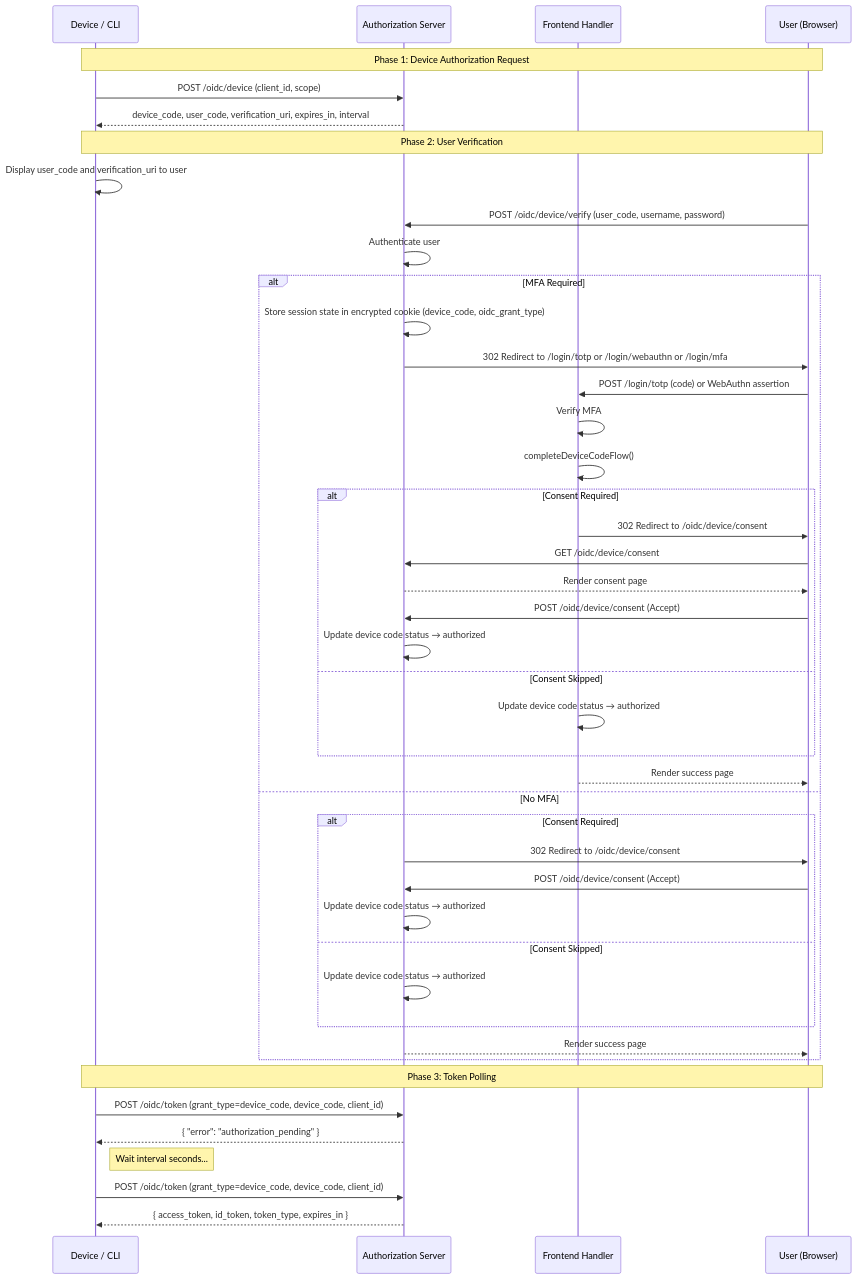
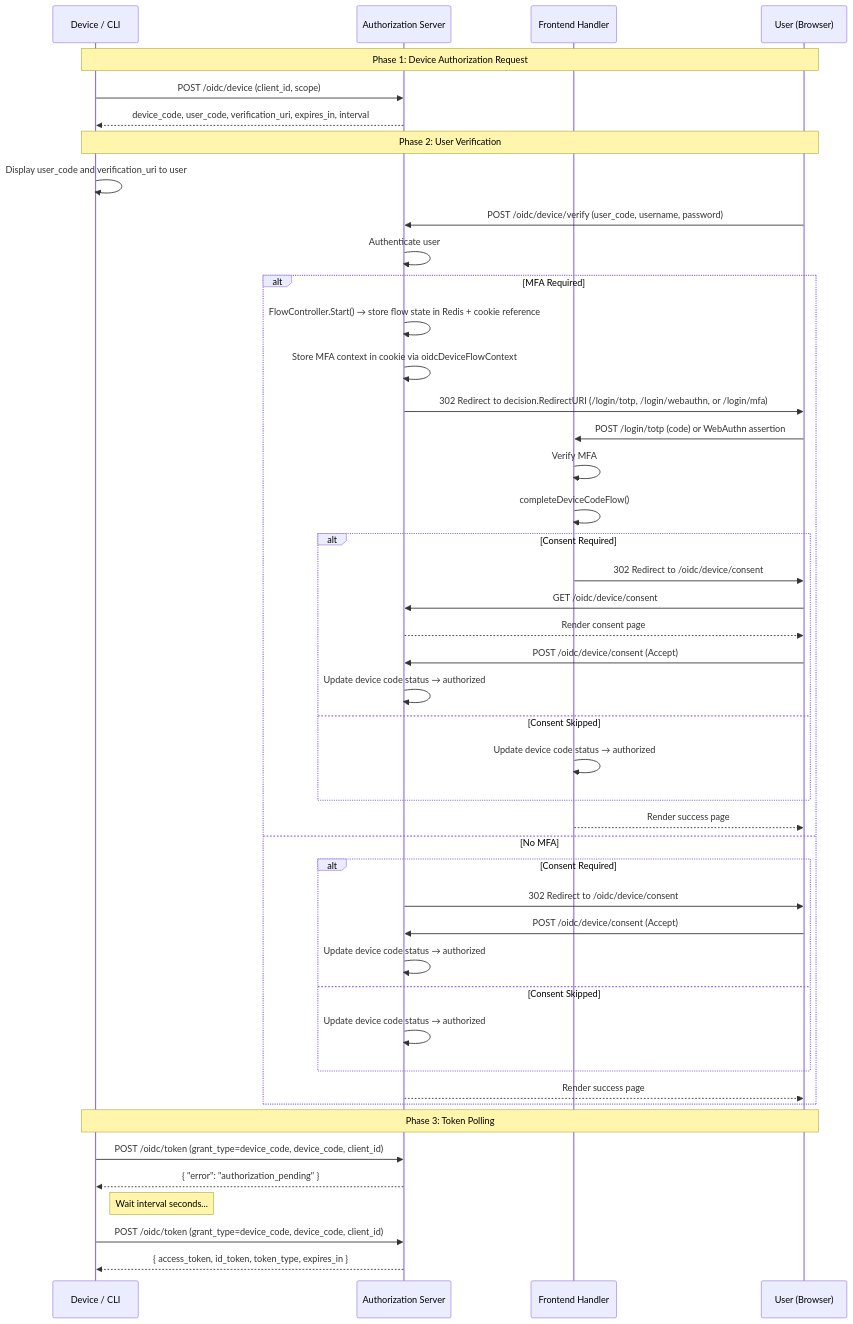
The ninth of 9 diagrams in server/docs/idp.md (croessner/nauthilus), drawn with Mermaid before and after one commit. The commit also changed other lines of this file and 43 other files, not shown here.

First line of the commit message:
Feat: Implement IdP flow controller with state transitions and cleanup

````diff
--- a/server/docs/idp.md
+++ b/server/docs/idp.md
@@ -1008,46 +1051,47 @@
 ```mermaid
 sequenceDiagram
     participant D as Device / CLI
     participant AS as Authorization Server
     participant F as Frontend Handler
     participant U as User (Browser)
     Note over D, U: Phase 1: Device Authorization Request
     D ->> AS: POST /oidc/device (client_id, scope)
     AS -->> D: device_code, user_code, verification_uri, expires_in, interval
     Note over D, U: Phase 2: User Verification
     D ->> D: Display user_code and verification_uri to user
     U ->> AS: POST /oidc/device/verify (user_code, username, password)
     AS ->> AS: Authenticate user
     alt MFA Required
-        AS ->> AS: Store session state in encrypted cookie (device_code, oidc_grant_type)
-        AS ->> U: 302 Redirect to /login/totp or /login/webauthn or /login/mfa
+        AS ->> AS: FlowController.Start() → store flow state in Redis + cookie reference
+        AS ->> AS: Store MFA context in cookie via oidcDeviceFlowContext
+        AS ->> U: 302 Redirect to decision.RedirectURI (/login/totp, /login/webauthn, or /login/mfa)
         U ->> F: POST /login/totp (code) or WebAuthn assertion
         F ->> F: Verify MFA
         F ->> F: completeDeviceCodeFlow()
         alt Consent Required
             F ->> U: 302 Redirect to /oidc/device/consent
             U ->> AS: GET /oidc/device/consent
             AS -->> U: Render consent page
             U ->> AS: POST /oidc/device/consent (Accept)
             AS ->> AS: Update device code status → authorized
         else Consent Skipped
             F ->> F: Update device code status → authorized
         end
         F -->> U: Render success page
     else No MFA
         alt Consent Required
             AS ->> U: 302 Redirect to /oidc/device/consent
             U ->> AS: POST /oidc/device/consent (Accept)
             AS ->> AS: Update device code status → authorized
         else Consent Skipped
             AS ->> AS: Update device code status → authorized
         end
         AS -->> U: Render success page
     end
     Note over D, U: Phase 3: Token Polling
     D ->> AS: POST /oidc/token (grant_type=device_code, device_code, client_id)
     AS -->> D: { "error": "authorization_pending" }
     Note right of D: Wait interval seconds...
     D ->> AS: POST /oidc/token (grant_type=device_code, device_code, client_id)
     AS -->> D: { access_token, id_token, token_type, expires_in }
 ```
````
